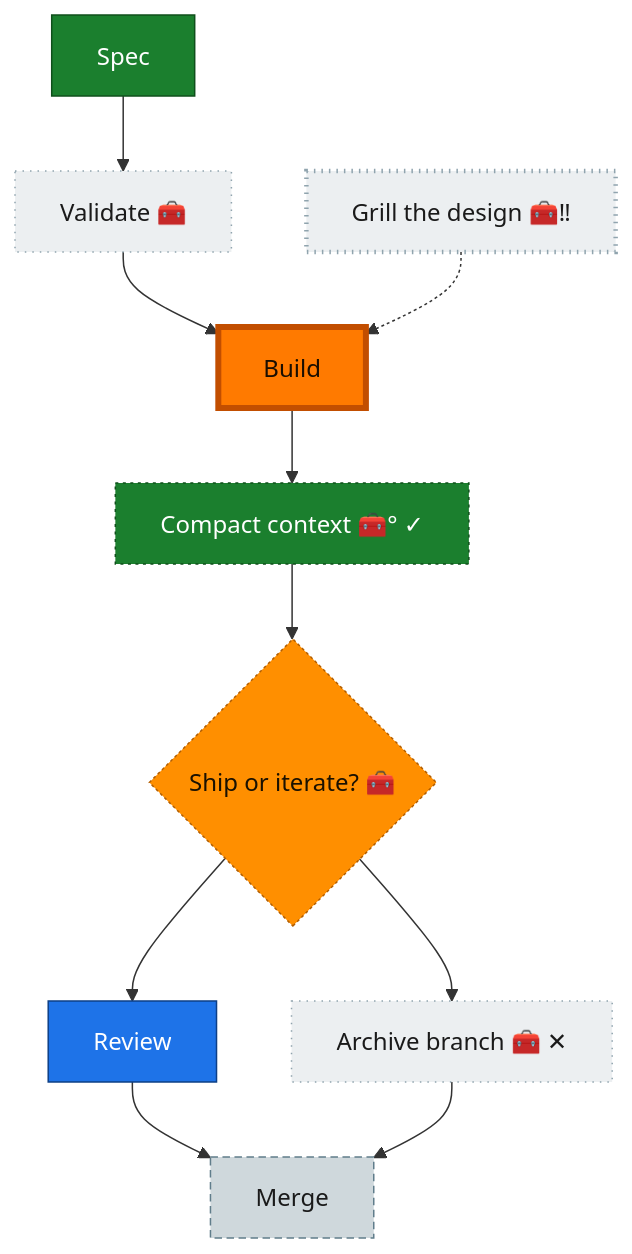
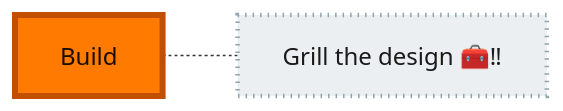
Before and after one commit to AI-Substrate/harness-engineering: the third of 8 diagrams in harness/cli/test/services/flow/fixtures/render/chore-nodes.md, drawn with Mermaid. The commit also changed other lines of this file and 9 other files, not shown here.

First line of the commit message:
feat(flow-render): sectioned layout — kill the diagonal spine skew

````diff
--- a/harness/cli/test/services/flow/fixtures/render/chore-nodes.md
+++ b/harness/cli/test/services/flow/fixtures/render/chore-nodes.md
@@ -8,42 +30,12 @@
 ```mermaid
-flowchart TD
-    spec["Spec"]:::done
-    val["Validate 🧰"]:::unknown
+flowchart LR
     build["Build"]:::wip
-    compact["Compact context 🧰° ✓"]:::done
-    dec{"Ship or iterate? 🧰"}:::decision
-    review["Review"]:::known
-    archive["Archive branch 🧰 ✕"]:::unknown
-    merge["Merge"]:::assumed
-
-    spec --> val
-    val --> build
-    build --> compact
-    compact --> dec
-    dec --> review
-    dec --> archive
-    review --> merge
-    archive --> merge
-
     guard["Grill the design 🧰‼"]:::unknown
-    guard -.-> build
-
-    classDef done fill:#1B7F2E,stroke:#0F4F1B,color:#fff;
+    build -.- guard
     classDef wip fill:#43C04A,stroke:#1B7F2E,color:#04210A;
-    classDef blocked fill:#E53935,stroke:#8E1513,color:#fff;
-    classDef known fill:#1E73E8,stroke:#0D3F86,color:#fff;
-    classDef assumed fill:#CFD8DC,stroke:#607D8B,color:#1a1a1a,stroke-dasharray:5 3;
-    classDef said fill:#FFD21F,stroke:#C79100,color:#241c00;
-    classDef harness fill:#7E3FF2,stroke:#4A1FA8,color:#fff;
-    classDef harnessFaded fill:#D6CBEC,stroke:#A892D4,color:#5B4E78;
-    classDef decision fill:#FF8F00,stroke:#B25E00,color:#1a1100,stroke-dasharray:2 2;
-    classDef companion fill:#AB2FCB,stroke:#6A1480,color:#fff;
-    classDef worker fill:#00A38C,stroke:#005046,color:#fff;
     classDef unknown fill:#ECEFF1,stroke:#90A4AE,color:#1a1a1a,stroke-dasharray:1 4;
-    classDef impOptional stroke-dasharray:2 3;
     classDef impStrong stroke-width:3px;
     classDef current fill:#FF7A00,stroke:#C24E00,color:#1a0e00,stroke-width:4px;
-    class compact impOptional;
     class guard impStrong;
     class build current;
 ```
````
